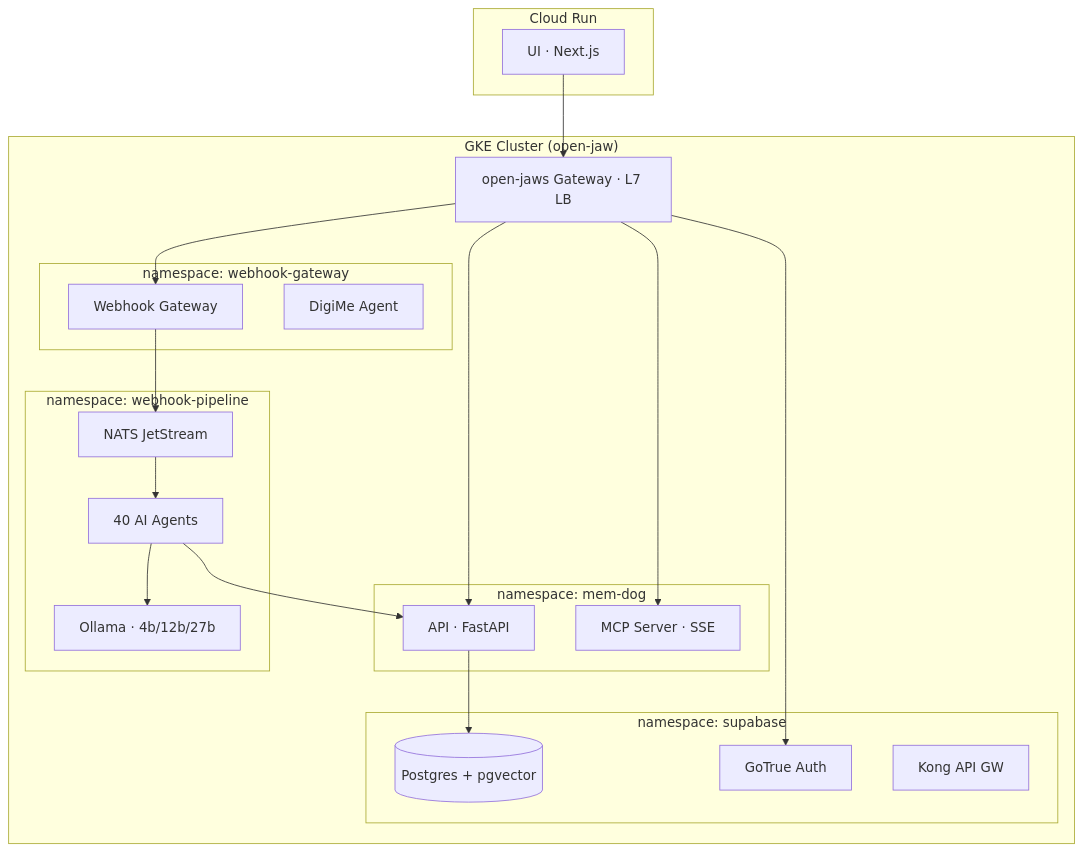
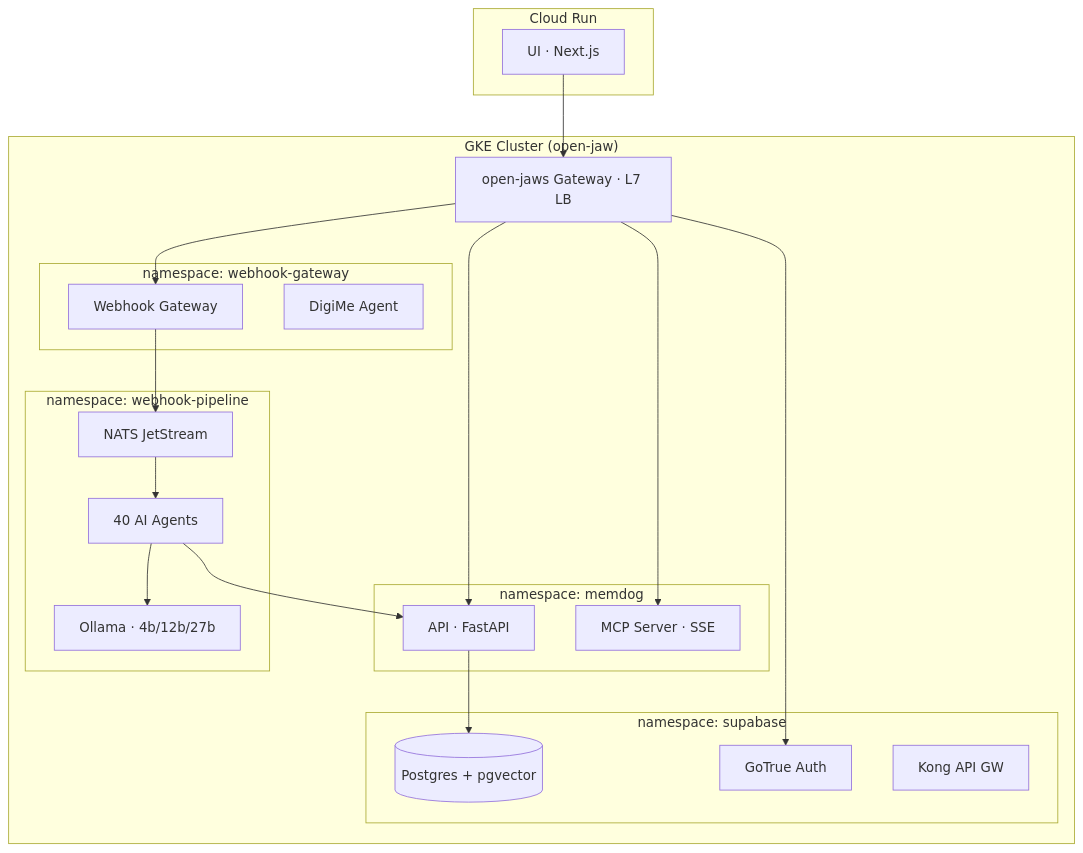
Before and after one commit to BuildGeekAI/mem-dog: the diagram in docs/deployment/gcp.md, drawn with Mermaid. The commit also changed other lines of this file and 412 other files, not shown here.

````diff
--- a/docs/deployment/gcp.md
+++ b/docs/deployment/gcp.md
@@ -5,39 +5,39 @@
 ```mermaid
 graph TD
     subgraph CloudRun ["Cloud Run"]
         UI[UI · Next.js]
     end
 
     subgraph GKE ["GKE Cluster (open-jaw)"]
         GW[open-jaws Gateway · L7 LB]
-        subgraph ns_memdog ["namespace: mem-dog"]
+        subgraph ns_memdog ["namespace: memdog"]
             API[API · FastAPI]
             MCP[MCP Server · SSE]
         end
         subgraph ns_pipeline ["namespace: webhook-pipeline"]
             NATS[NATS JetStream]
             AGENTS[40 AI Agents]
             OLLAMA[Ollama · 4b/12b/27b]
         end
         subgraph ns_gateway ["namespace: webhook-gateway"]
             WGW[Webhook Gateway]
             DIGIME[DigiMe Agent]
         end
         subgraph ns_supabase ["namespace: supabase"]
             PG[(Postgres + pgvector)]
             GOTRUE[GoTrue Auth]
             KONG[Kong API GW]
         end
     end
 
     UI --> GW
     GW --> API
     GW --> MCP
     GW --> WGW
     GW --> GOTRUE
     WGW --> NATS
     NATS --> AGENTS
     AGENTS --> OLLAMA
     AGENTS --> API
     API --> PG
 ```
````
